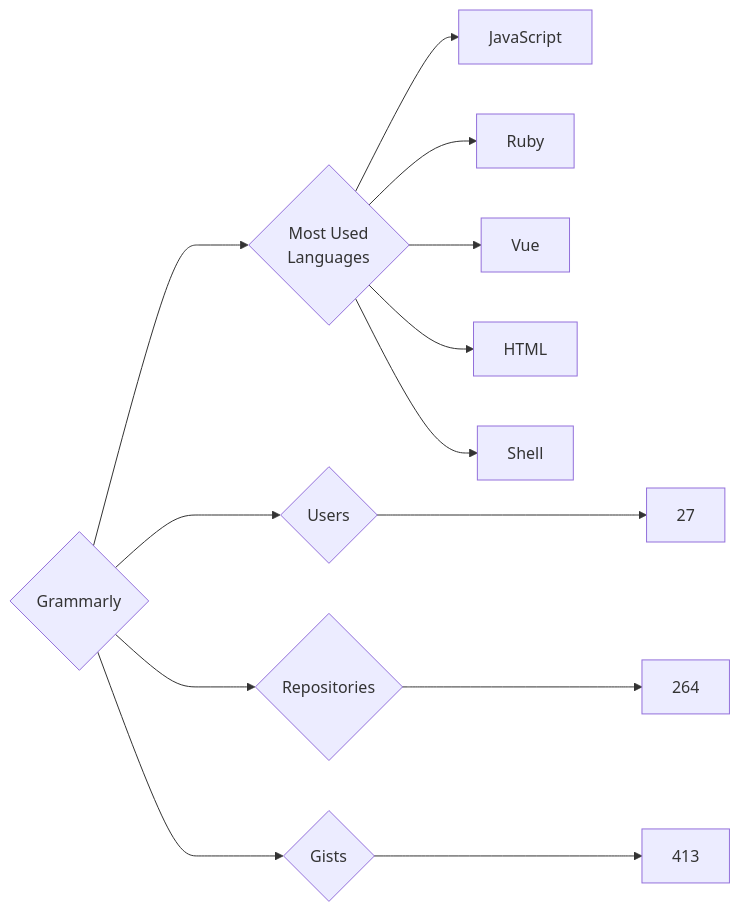
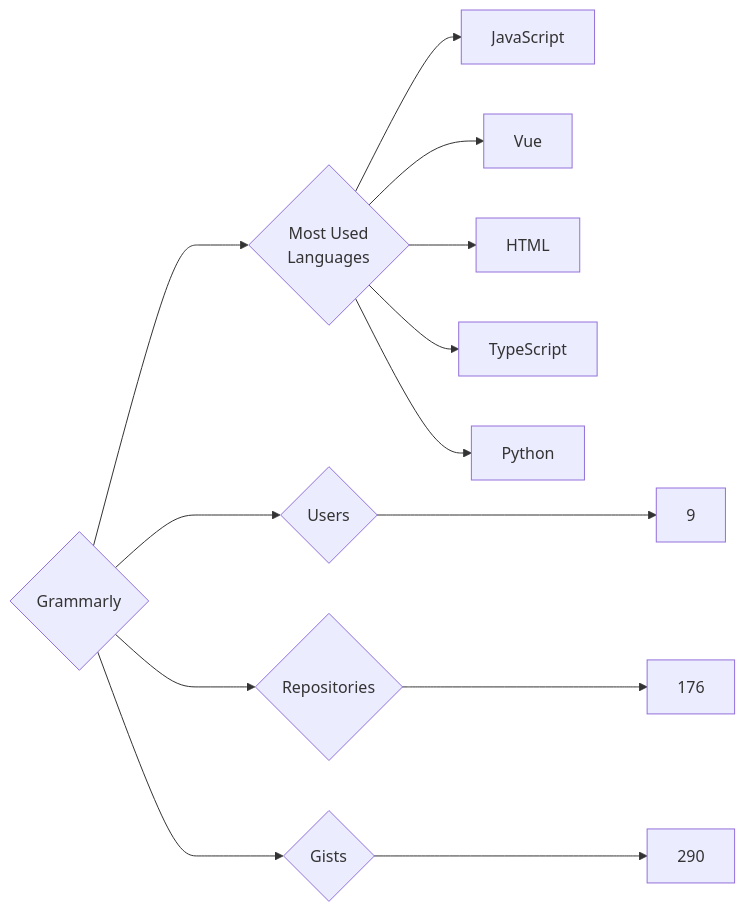
The diagram in targets/Grammarly/README.md (trickest/insiders), drawn with Mermaid before and after one commit. The commit also changed 773 other files, not shown here.

````diff
--- a/targets/Grammarly/README.md
+++ b/targets/Grammarly/README.md
@@ -3,13 +3,13 @@
 ```mermaid
 graph LR
 COMPANY_NAME{Grammarly}
-COMPANY_NAME ---> U{Users} ---> UN[27]
-COMPANY_NAME ---> R{Repositories} ---> RN[264]
-COMPANY_NAME ---> G{Gists} ---> GN[413]
+COMPANY_NAME ---> U{Users} ---> UN[9]
+COMPANY_NAME ---> R{Repositories} ---> RN[176]
+COMPANY_NAME ---> G{Gists} ---> GN[290]
 COMPANY_NAME ---> ML{Most Used<br>Languages}
 ML --> JavaScript[JavaScript]
-ML --> Ruby[Ruby]
 ML --> Vue[Vue]
 ML --> HTML[HTML]
-ML --> Shell[Shell]
+ML --> TypeScript[TypeScript]
+ML --> Python[Python]
 ```
````
